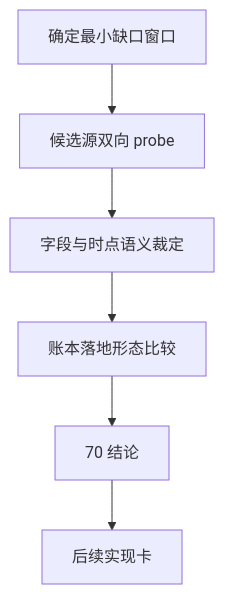
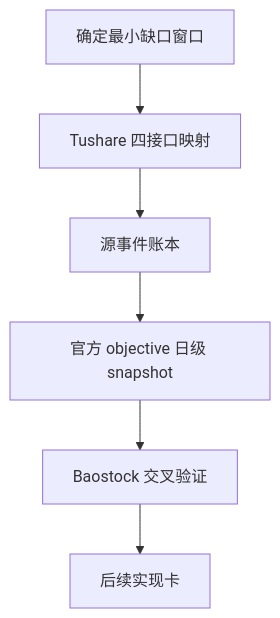
One commit to everything-is-simple/lifespan-0.01 changed the diagram in docs/02-spec/modules/data/07-historical-objective-profile-backfill-source-selection-and-governance-spec-20260415.md. Above: the diagram before and after it, drawn with Mermaid. The commit also changed other lines of this file and 5 other files, not shown here.

````diff
--- a/docs/02-spec/modules/data/07-historical-objective-profile-backfill-source-selection-and-governance-spec-20260415.md
+++ b/docs/02-spec/modules/data/07-historical-objective-profile-backfill-source-selection-and-governance-spec-20260415.md
@@ -91,8 +247,8 @@
 ```mermaid
 flowchart TD
-    A["确定最小缺口窗口"] --> B["候选源双向 probe"]
-    B --> C["字段与时点语义裁定"]
-    C --> D["账本落地形态比较"]
-    D --> E["70 结论"]
+    A["确定最小缺口窗口"] --> B["Tushare 四接口映射"]
+    B --> C["源事件账本"]
+    C --> D["官方 objective 日级 snapshot"]
+    D --> E["Baostock 交叉验证"]
     E --> F["后续实现卡"]
 ```
````
